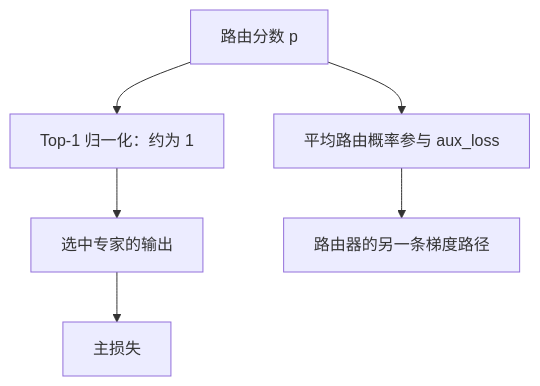
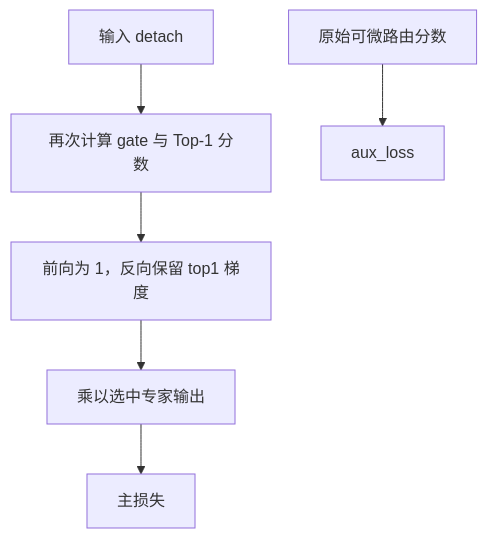
The second of 2 diagrams in book/09-moe/README.md (cluster1900/minimind_reader), drawn with Mermaid before and after one commit. The commit also changed other lines of this file and 17 other files, not shown here.

````diff
--- a/book/09-moe/README.md
+++ b/book/09-moe/README.md
@@ -152,8 +163,8 @@
 ```mermaid
 flowchart TD
-    S["路由分数 p"] --> N["Top-1 归一化：约为 1"]
-    N --> O["选中专家的输出"]
+    X["输入 detach"] --> G["再次计算 gate 与 Top-1 分数"]
+    G --> W["前向为 1，反向保留 top1 梯度"]
+    W --> O["乘以选中专家输出"]
     O --> L["主损失"]
-    S --> A["平均路由概率参与 aux_loss"]
-    A --> G["路由器的另一条梯度路径"]
+    S["原始可微路由分数"] --> A["aux_loss"]
 ```
````
